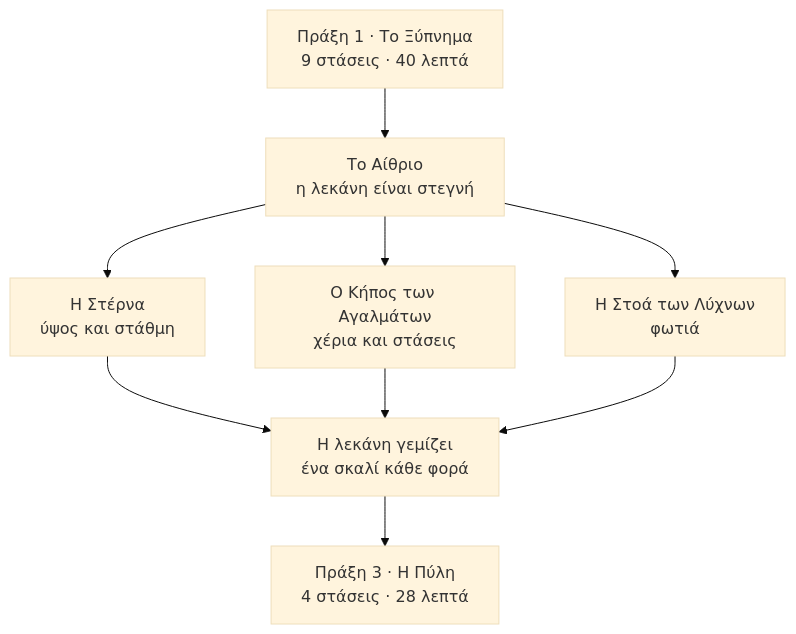
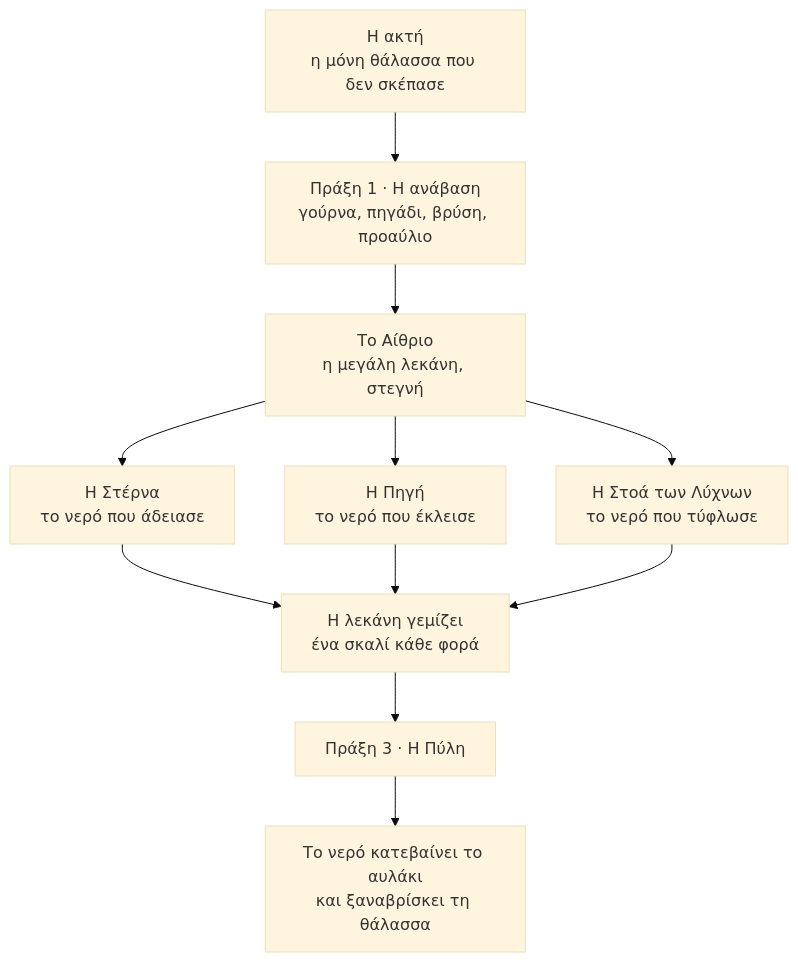
One commit to NDiMT/game changed the diagram in eidolon-world/dev/CH1_FLOW_V4.md. Above: the diagram before and after it, drawn with Mermaid (base theme). The commit also changed other lines of this file, not shown here.

First line of the commit message:
EIDOLON: chapter 1 flow, second writing as one piece

````diff
--- a/eidolon-world/dev/CH1_FLOW_V4.md
+++ b/eidolon-world/dev/CH1_FLOW_V4.md
@@ -28,11 +28,13 @@
 ```mermaid
 flowchart TD
-  A["Πράξη 1 · Το Ξύπνημα<br/>9 στάσεις · 40 λεπτά"] --> H["Το Αίθριο<br/>η λεκάνη είναι στεγνή"]
-  H --> W["Η Στέρνα<br/>ύψος και στάθμη"]
-  H --> G["Ο Κήπος των Αγαλμάτων<br/>χέρια και στάσεις"]
-  H --> L["Η Στοά των Λύχνων<br/>φωτιά"]
+  S["Η ακτή<br/>η μόνη θάλασσα που δεν σκέπασε"] --> A["Πράξη 1 · Η ανάβαση<br/>γούρνα, πηγάδι, βρύση, προαύλιο"]
+  A --> H["Το Αίθριο<br/>η μεγάλη λεκάνη, στεγνή"]
+  H --> W["Η Στέρνα<br/>το νερό που άδειασε"]
+  H --> G["Η Πηγή<br/>το νερό που έκλεισε"]
+  H --> L["Η Στοά των Λύχνων<br/>το νερό που τύφλωσε"]
   W --> F["Η λεκάνη γεμίζει<br/>ένα σκαλί κάθε φορά"]
   G --> F
   L --> F
-  F --> P["Πράξη 3 · Η Πύλη<br/>4 στάσεις · 28 λεπτά"]
+  F --> P["Πράξη 3 · Η Πύλη"]
+  P --> E["Το νερό κατεβαίνει το αυλάκι<br/>και ξαναβρίσκει τη θάλασσα"]
 ```
````
